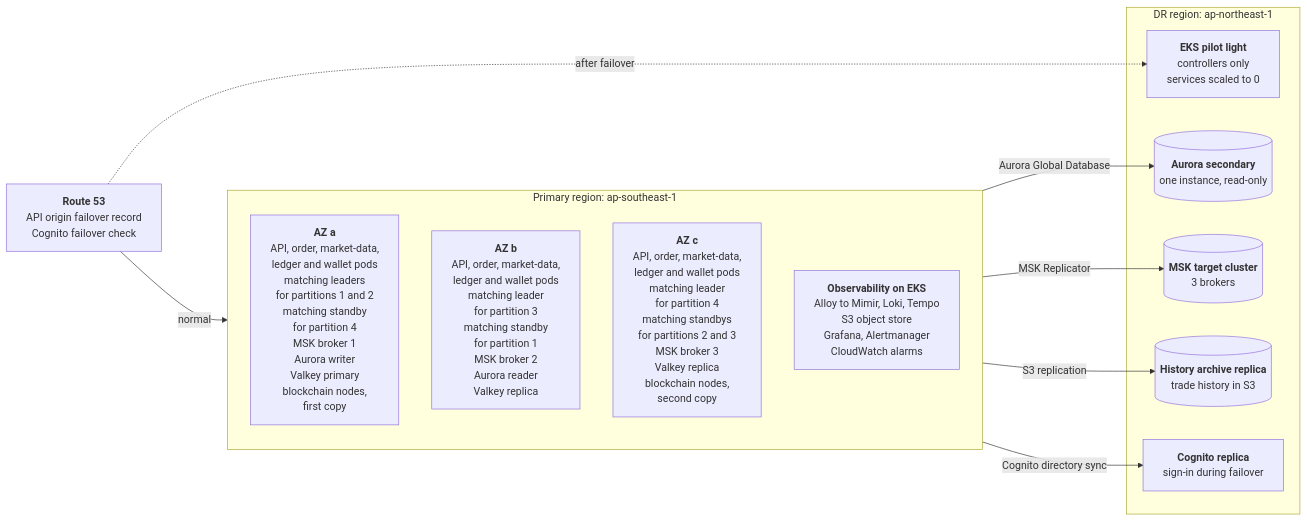
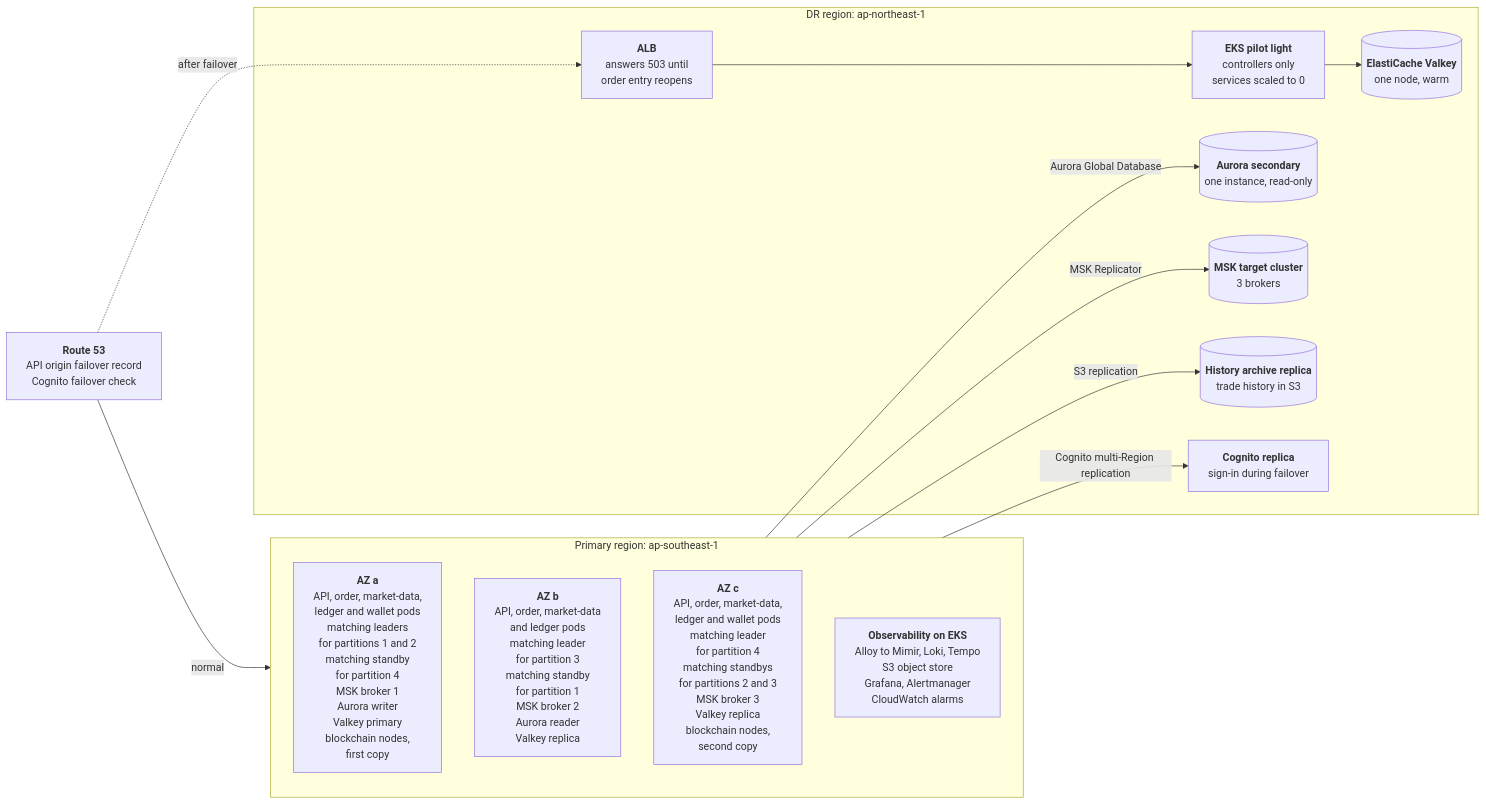
Before and after one commit to ndmquan-git/devops-challenge-ndmquan: the third of 5 diagrams in src/problem1/SOLUTION.md, drawn with Mermaid. The commit also changed other lines of this file and 23 other files, not shown here.

````diff
--- a/src/problem1/SOLUTION.md
+++ b/src/problem1/SOLUTION.md
@@ -191,65 +166,72 @@
 ```mermaid
 flowchart LR
   dns["`**Route 53**
 API origin failover record
 Cognito failover check`"]
   subgraph primary["Primary region: ap-southeast-1"]
     aza["`**AZ a**
 API, order, market-data,
 ledger and wallet pods
 matching leaders
 for partitions 1 and 2
 matching standby
 for partition 4
 MSK broker 1
 Aurora writer
 Valkey primary
 blockchain nodes,
 first copy`"]
     azb["`**AZ b**
-API, order, market-data,
-ledger and wallet pods
+API, order, market-data
+and ledger pods
 matching leader
 for partition 3
 matching standby
 for partition 1
 MSK broker 2
 Aurora reader
 Valkey replica`"]
     azc["`**AZ c**
 API, order, market-data,
 ledger and wallet pods
 matching leader
 for partition 4
 matching standbys
 for partitions 2 and 3
 MSK broker 3
 Valkey replica
 blockchain nodes,
 second copy`"]
     obs["`**Observability on EKS**
 Alloy to Mimir, Loki, Tempo
 S3 object store
 Grafana, Alertmanager
 CloudWatch alarms`"]
   end
   subgraph dr["DR region: ap-northeast-1"]
+    dralb["`**ALB**
+answers 503 until
+order entry reopens`"]
     dreks["`**EKS pilot light**
 controllers only
 services scaled to 0`"]
+    drvalkey[("`**ElastiCache Valkey**
+one node, warm`")]
     draurora[("`**Aurora secondary**
 one instance, read-only`")]
     drmsk[("`**MSK target cluster**
 3 brokers`")]
     drarchive[("`**History archive replica**
 trade history in S3`")]
     drcognito["`**Cognito replica**
 sign-in during failover`"]
   end
   dns -- normal --> primary
-  dns -. after failover .-> dreks
+  dns -. after failover .-> dralb
+  dralb --> dreks
+  dreks --> drvalkey
   primary -- Aurora Global Database --> draurora
   primary -- MSK Replicator --> drmsk
   primary -- S3 replication --> drarchive
-  primary -- Cognito directory sync --> drcognito
+  primary -- Cognito multi-Region replication --> drcognito
 ```
````
